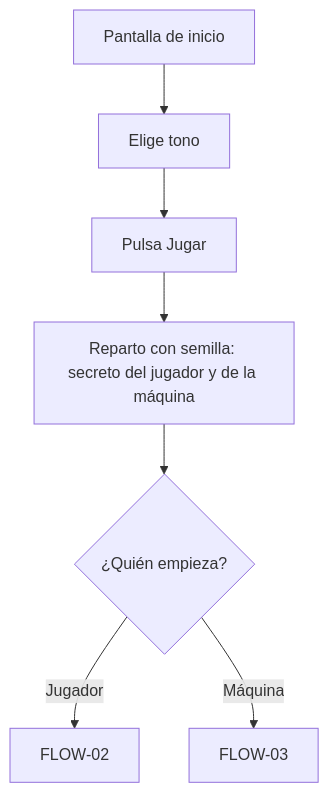
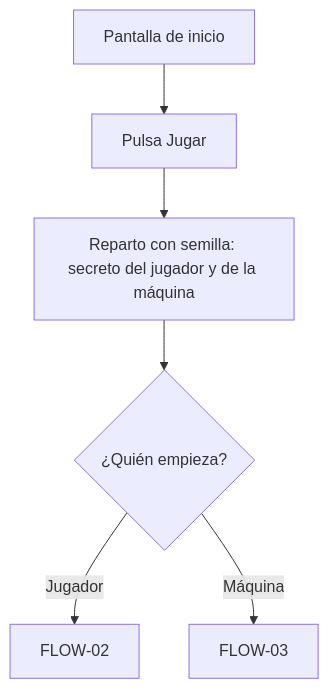
Before and after one commit to polmarza/quien-es-quien: the first of 4 diagrams in docs/user-flows.md, drawn with Mermaid. The commit also changed other lines of this file and 24 other files, not shown here.

````diff
--- a/docs/user-flows.md
+++ b/docs/user-flows.md
@@ -40,9 +39,8 @@
 ```mermaid
 flowchart TD
-  A[Pantalla de inicio] --> B[Elige tono]
-  B --> C[Pulsa Jugar]
+  A[Pantalla de inicio] --> C[Pulsa Jugar]
   C --> D[Reparto con semilla: secreto del jugador y de la máquina]
   D --> E{¿Quién empieza?}
   E -->|Jugador| F[FLOW-02]
   E -->|Máquina| G[FLOW-03]
 ```
````
